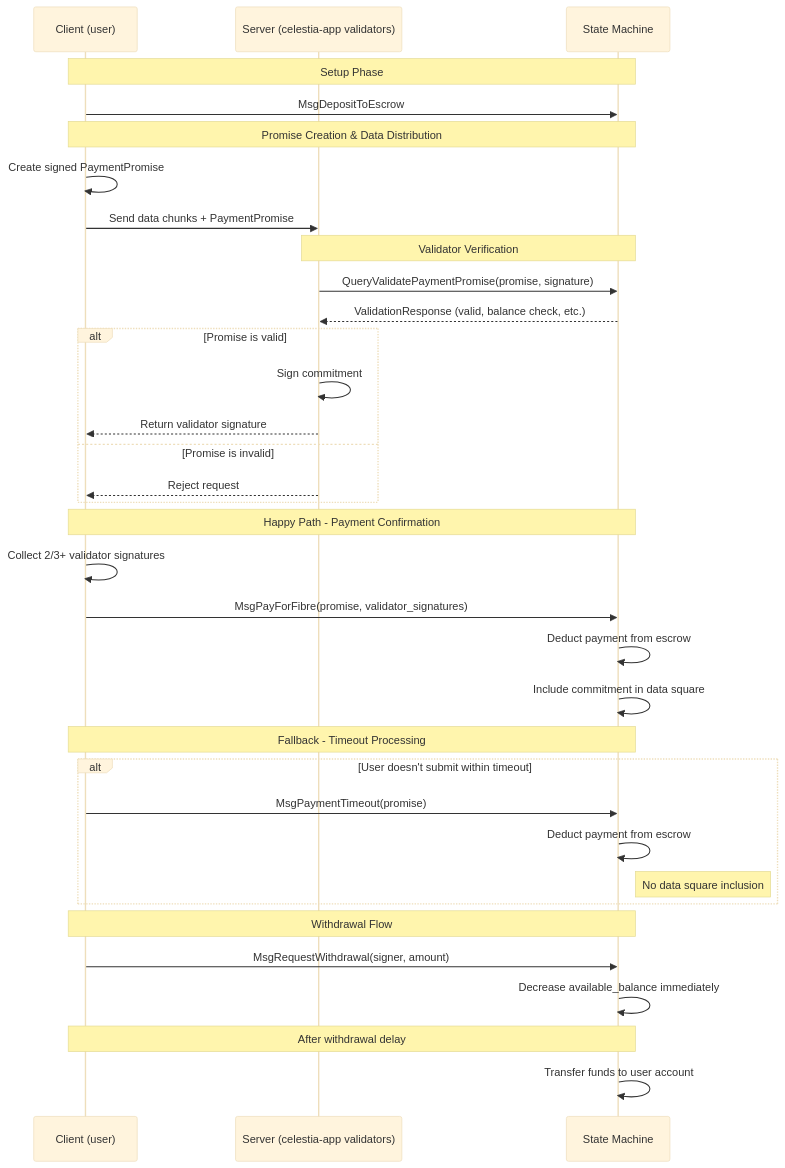
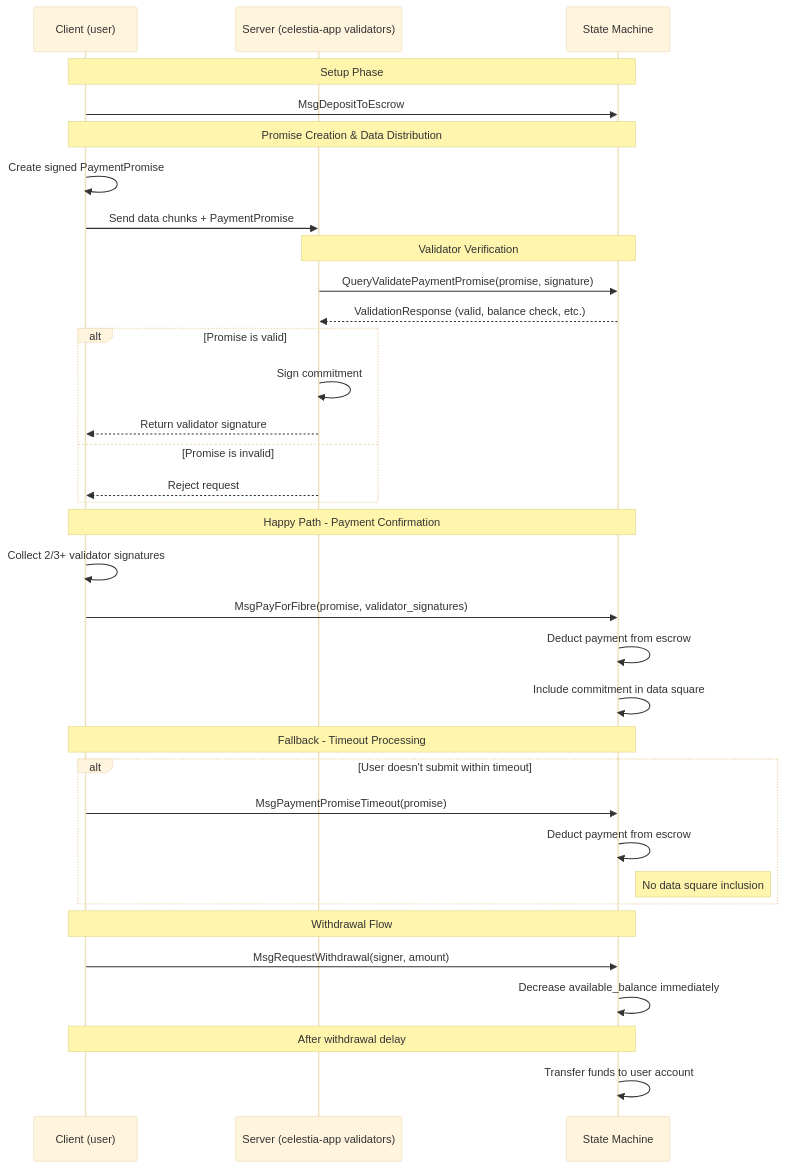
The diagram in sdk_module.md (celestiaorg/celestia-app), drawn with Mermaid (base theme) before and after one commit. The commit also changed other lines of this file, not shown here.

Commit message:
refactor: MsgPaymentPromiseTimeout

````diff
--- a/sdk_module.md
+++ b/sdk_module.md
@@ -415,44 +417,44 @@
 ```mermaid
 sequenceDiagram
     participant C as Client (user)
     participant S as Server (celestia-app validators)
     participant A as State Machine
 
     Note over C,A: Setup Phase
     C->>A: MsgDepositToEscrow
 
     Note over C,A: Promise Creation & Data Distribution
     C->>C: Create signed PaymentPromise
     C->>S: Send data chunks + PaymentPromise
 
     Note over S,A: Validator Verification
     S->>A: QueryValidatePaymentPromise(promise, signature)
     A-->>S: ValidationResponse (valid, balance check, etc.)
 
     alt Promise is valid
         S->>S: Sign commitment
         S-->>C: Return validator signature
     else Promise is invalid
         S-->>C: Reject request
     end
 
     Note over C,A: Happy Path - Payment Confirmation
     C->>C: Collect 2/3+ validator signatures
     C->>A: MsgPayForFibre(promise, validator_signatures)
     A->>A: Deduct payment from escrow
     A->>A: Include commitment in data square
 
     Note over C,A: Fallback - Timeout Processing
     alt User doesn't submit within timeout
-        C->>A: MsgPaymentTimeout(promise)
+        C->>A: MsgPaymentPromiseTimeout(promise)
         A->>A: Deduct payment from escrow
         Note right of A: No data square inclusion
     end
 
     Note over C,A: Withdrawal Flow
     C->>A: MsgRequestWithdrawal(signer, amount)
     A->>A: Decrease available_balance immediately
 
     Note over C,A: After withdrawal delay
     A->>A: Transfer funds to user account
 ```
````
